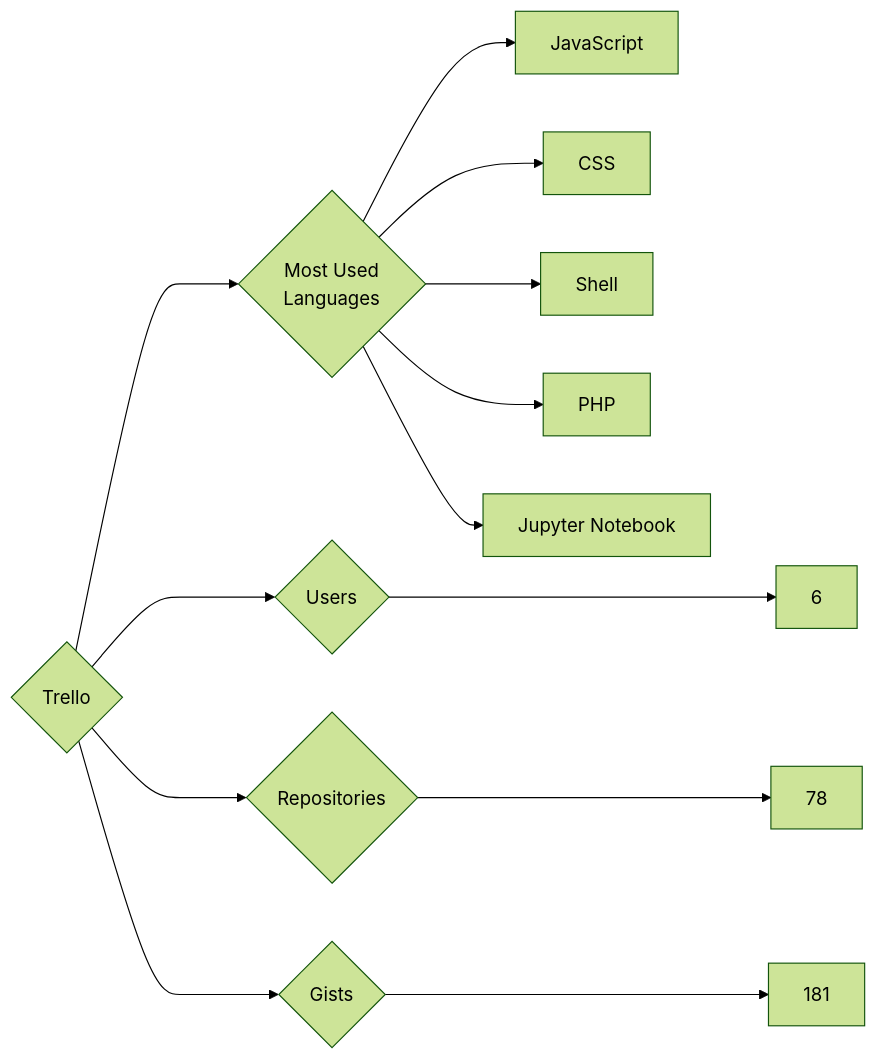
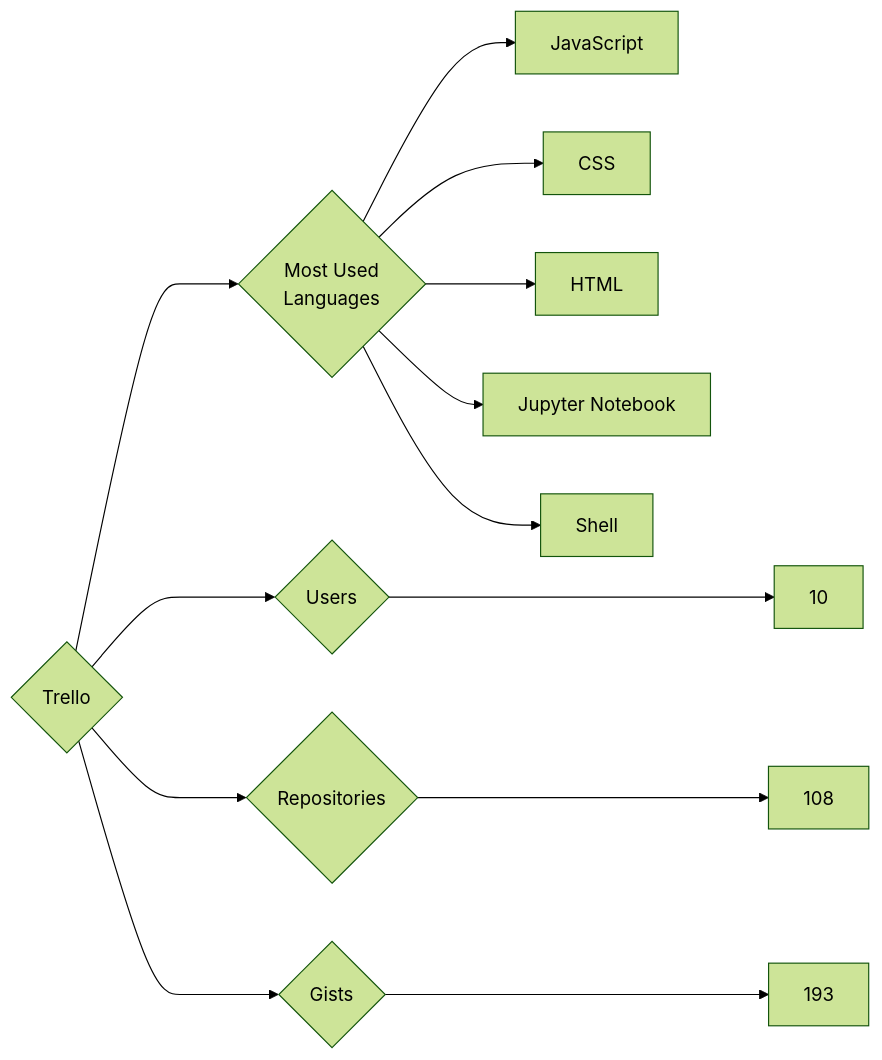
The diagram in targets/Trello/README.md (trickest/insiders), drawn with Mermaid (forest theme) before and after one commit. The commit also changed 833 other files, not shown here.

````diff
--- a/targets/Trello/README.md
+++ b/targets/Trello/README.md
@@ -3,13 +3,13 @@
 ```mermaid
 graph LR
 COMPANY_NAME{Trello}
-COMPANY_NAME ---> U{Users} ---> UN[6]
-COMPANY_NAME ---> R{Repositories} ---> RN[78]
-COMPANY_NAME ---> G{Gists} ---> GN[181]
+COMPANY_NAME ---> U{Users} ---> UN[10]
+COMPANY_NAME ---> R{Repositories} ---> RN[108]
+COMPANY_NAME ---> G{Gists} ---> GN[193]
 COMPANY_NAME ---> ML{Most Used<br>Languages}
 ML --> JavaScript[JavaScript]
 ML --> CSS[CSS]
+ML --> HTML[HTML]
+ML --> Jupyter_Notebook[Jupyter Notebook]
 ML --> Shell[Shell]
-ML --> PHP[PHP]
-ML --> Jupyter_Notebook[Jupyter Notebook]
 ```
````
